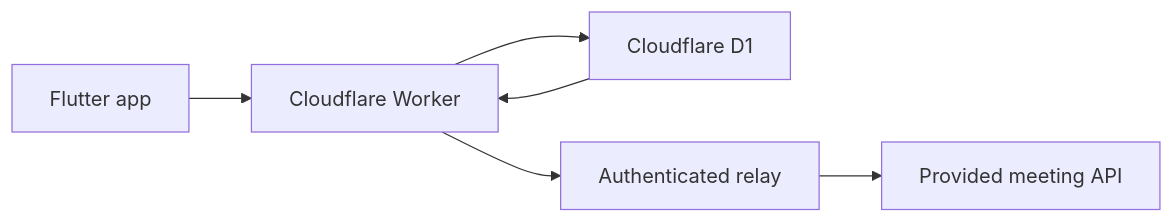
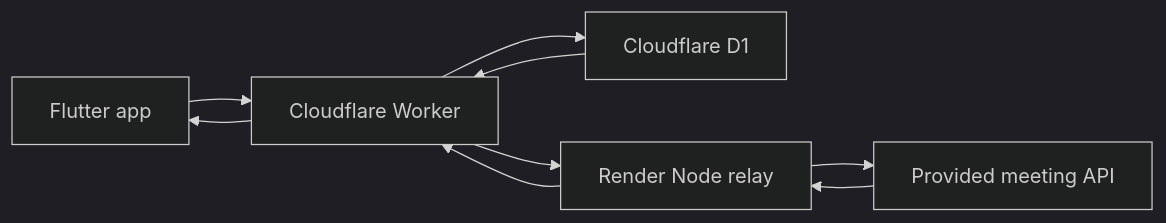
The third of 3 diagrams in docs/SETUP_AND_RUN.md (maharudraabhishek/chime_meeting_demo), drawn with Mermaid before and after one commit. The commit also changed other lines of this file and 6 other files, not shown here.

````diff
--- a/docs/SETUP_AND_RUN.md
+++ b/docs/SETUP_AND_RUN.md
@@ -39,8 +435,12 @@
 ```mermaid
-flowchart LR
-    A[Flutter app] --> B[Cloudflare Worker]
-    B --> C[Cloudflare D1]
-    C --> B
-    B --> D[Authenticated relay]
-    D --> E[Provided meeting API]
+%%{init: {"theme":"dark","darkMode":true}}%%
+graph LR;
+    A[Flutter app] --> B[Cloudflare Worker];
+    B --> C[Cloudflare D1];
+    C --> B;
+    B --> D[Render Node relay];
+    D --> E[Provided meeting API];
+    E --> D;
+    D --> B;
+    B --> A;
 ```
````
